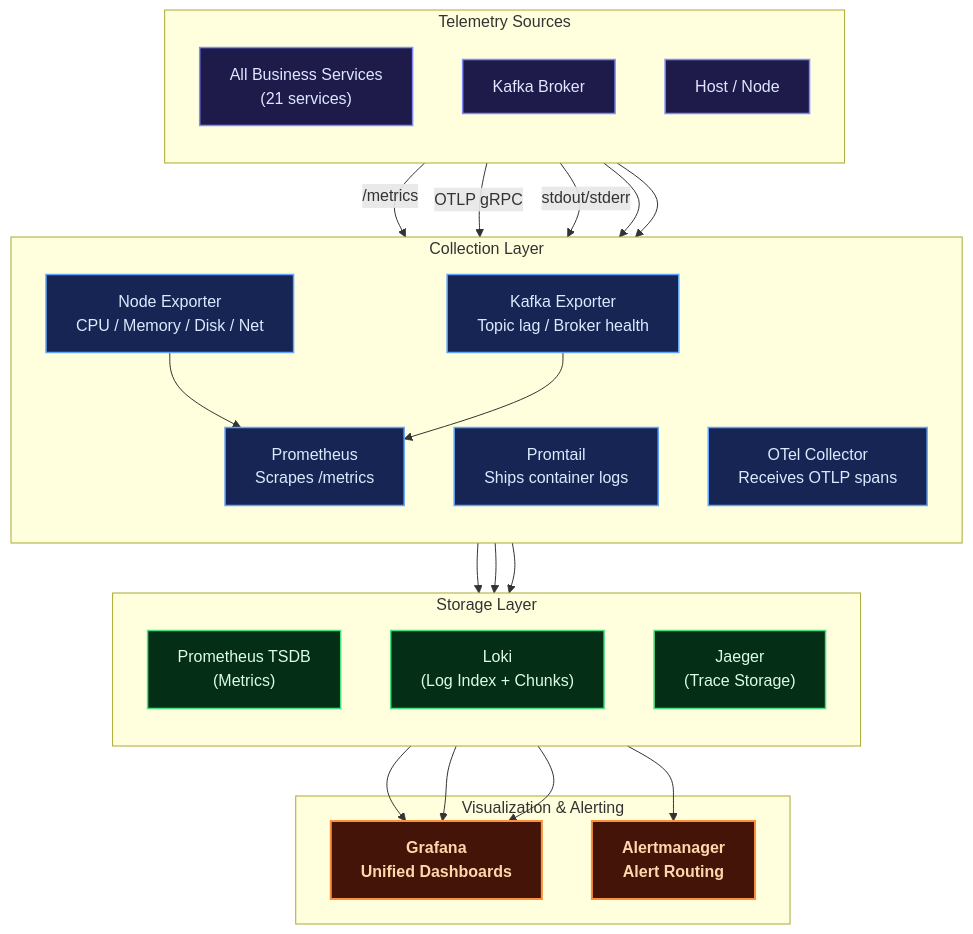
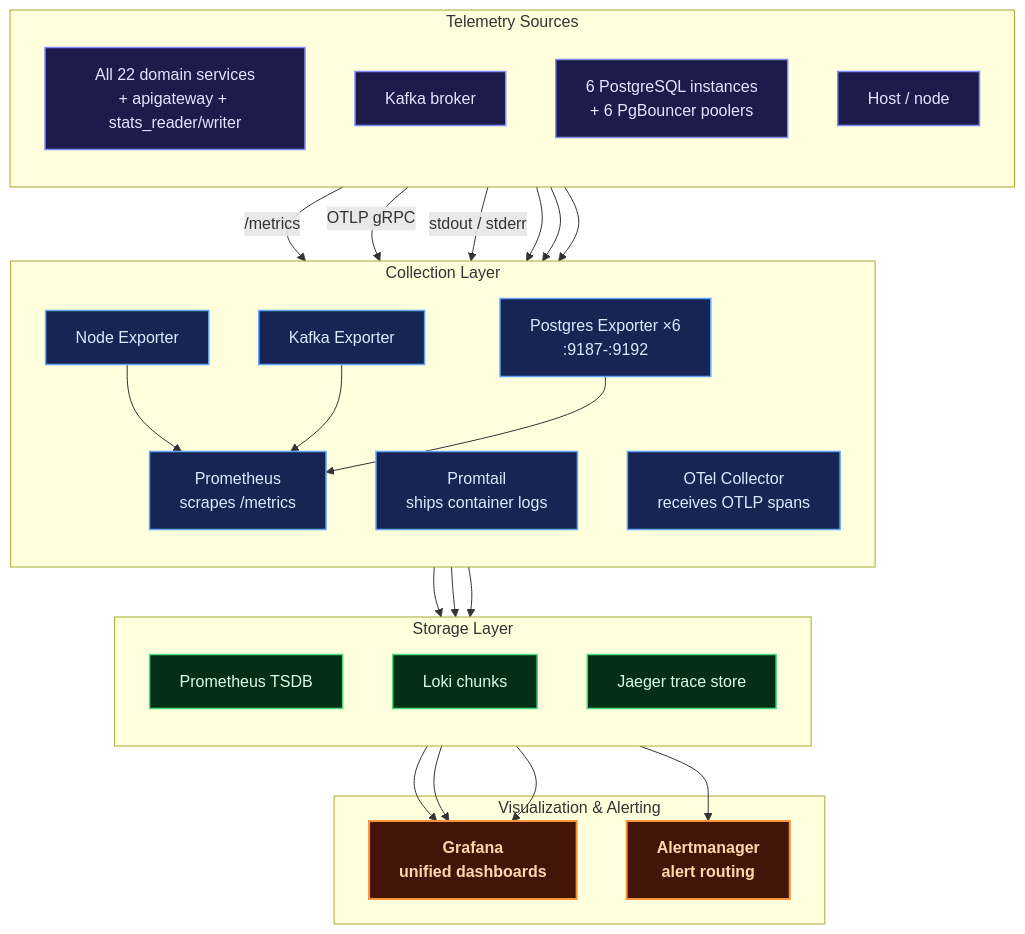
One commit to MamangRust/microservice-ecommerce-gorm changed diagram 12 of 14 in README.md. Above: the diagram before and after it, drawn with Mermaid. The commit also changed other lines of this file and 1098 other files, not shown here.

````diff
--- a/README.md
+++ b/README.md
@@ -336,52 +812,56 @@
 ```mermaid
 graph TB
     classDef service fill:#1e1b4b,stroke:#818cf8,color:#e0e7ff,stroke-width:1.5px
     classDef collector fill:#172554,stroke:#60a5fa,color:#dbeafe,stroke-width:1.5px
     classDef storage fill:#052e16,stroke:#4ade80,color:#dcfce7,stroke-width:1.5px
     classDef viz fill:#431407,stroke:#fb923c,color:#fed7aa,stroke-width:2px,font-weight:bold
 
     subgraph Sources["Telemetry Sources"]
         direction TB
-        SVCS["All Business Services<br/>(21 services)"]:::service
-        KAFKA_SRC["Kafka Broker"]:::service
-        NODES["Host / Node"]:::service
+        SVCS["All 22 domain services<br/>+ apigateway + stats_reader/writer"]:::service
+        KAFKA_SRC["Kafka broker"]:::service
+        PG_SRC["6 PostgreSQL instances<br/>+ 6 PgBouncer poolers"]:::service
+        NODES["Host / node"]:::service
     end
 
     subgraph Collectors["Collection Layer"]
         direction TB
-        PROM["Prometheus<br/>Scrapes /metrics"]:::collector
-        PROMTAIL["Promtail<br/>Ships container logs"]:::collector
-        OTEL["OTel Collector<br/>Receives OTLP spans"]:::collector
-        NODEX["Node Exporter<br/>CPU / Memory / Disk / Net"]:::collector
-        KAFKAX["Kafka Exporter<br/>Topic lag / Broker health"]:::collector
+        PROM["Prometheus<br/>scrapes /metrics"]:::collector
+        PROMTAIL["Promtail<br/>ships container logs"]:::collector
+        OTEL["OTel Collector<br/>receives OTLP spans"]:::collector
+        NODEX["Node Exporter"]:::collector
+        KAFKAX["Kafka Exporter"]:::collector
+        PGX["Postgres Exporter ×6<br/>:9187-:9192"]:::collector
     end
 
     subgraph Storage["Storage Layer"]
         direction TB
-        PROM_TSDB["Prometheus TSDB<br/>(Metrics)"]:::storage
-        LOKI_STORE["Loki<br/>(Log Index + Chunks)"]:::storage
-        JAEGER_STORE["Jaeger<br/>(Trace Storage)"]:::storage
+        PROM_TSDB["Prometheus TSDB"]:::storage
+        LOKI_STORE["Loki chunks"]:::storage
+        JAEGER_STORE["Jaeger trace store"]:::storage
     end
 
     subgraph Visualization["Visualization & Alerting"]
-        GRAFANA["Grafana<br/>Unified Dashboards"]:::viz
-        ALERTMGR["Alertmanager<br/>Alert Routing"]:::viz
+        GRAFANA["Grafana<br/>unified dashboards"]:::viz
+        ALERTMGR["Alertmanager<br/>alert routing"]:::viz
     end
 
     SVCS -->|"/metrics"| PROM
     SVCS -->|"OTLP gRPC"| OTEL
-    SVCS -->|"stdout/stderr"| PROMTAIL
+    SVCS -->|"stdout / stderr"| PROMTAIL
     NODES --> NODEX
     KAFKA_SRC --> KAFKAX
+    PG_SRC --> PGX
 
     NODEX --> PROM
     KAFKAX --> PROM
+    PGX --> PROM
     PROM --> PROM_TSDB
     PROMTAIL --> LOKI_STORE
     OTEL --> JAEGER_STORE
 
     PROM_TSDB --> GRAFANA
     LOKI_STORE --> GRAFANA
     JAEGER_STORE --> GRAFANA
     PROM_TSDB --> ALERTMGR
 ```
````
